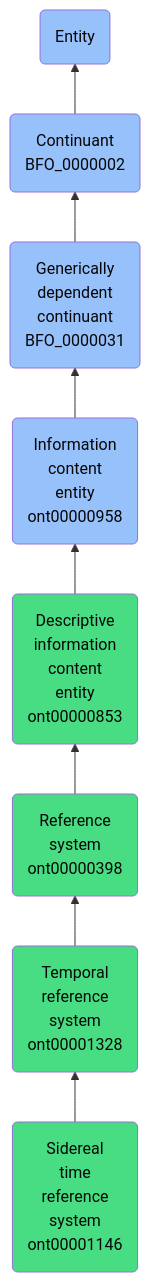
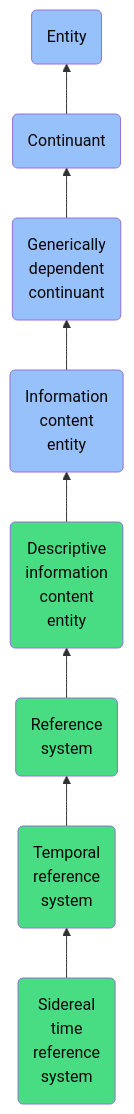
The diagram in docs/ontology/reference/model/Entity/Continuant/Generically dependent continuant/Information content entity/Descriptive information content entity/Reference system/Temporal reference system/Sidereal time reference system/Sidereal time reference system.md (jupyter-naas/abi), drawn with Mermaid before and after one commit. The commit also changed other lines of this file and 1430 other files, not shown here.

````diff
--- a/docs/ontology/reference/model/Entity/Continuant/Generically dependent continuant/Information content entity/Descriptive information content entity/Reference system/Temporal reference system/Sidereal time reference system/Sidereal time reference system.md
+++ b/docs/ontology/reference/model/Entity/Continuant/Generically dependent continuant/Information content entity/Descriptive information content entity/Reference system/Temporal reference system/Sidereal time reference system/Sidereal time reference system.md
@@ -24,15 +24,15 @@
 ```mermaid
 graph BT
-    ont00001146(Sidereal<br>time<br>reference<br>system<br>ont00001146):::ABI-->ont00001328
-    ont00001328(Temporal<br>reference<br>system<br>ont00001328):::ABI-->ont00000398
-    ont00000398(Reference<br>system<br>ont00000398):::ABI-->ont00000853
-    ont00000853(Descriptive<br>information<br>content<br>entity<br>ont00000853):::ABI-->ont00000958
-    ont00000958(Information<br>content<br>entity<br>ont00000958):::BFO-->BFO_0000031
-    BFO_0000031(Generically<br>dependent<br>continuant<br>BFO_0000031):::BFO-->BFO_0000002
-    BFO_0000002(Continuant<br>BFO_0000002):::BFO-->BFO_0000001
+    ont00001146(Sidereal<br>time<br>reference<br>system):::ABI-->ont00001328
+    ont00001328(Temporal<br>reference<br>system):::ABI-->ont00000398
+    ont00000398(Reference<br>system):::ABI-->ont00000853
+    ont00000853(Descriptive<br>information<br>content<br>entity):::ABI-->ont00000958
+    ont00000958(Information<br>content<br>entity):::BFO-->BFO_0000031
+    BFO_0000031(Generically<br>dependent<br>continuant):::BFO-->BFO_0000002
+    BFO_0000002(Continuant):::BFO-->BFO_0000001
     BFO_0000001(Entity):::BFO
     
     classDef BFO fill:#97c1fb,color:#060606
     classDef CCO fill:#e4c51e,color:#060606
     classDef ABI fill:#48DD82,color:#060606
 ```
````
